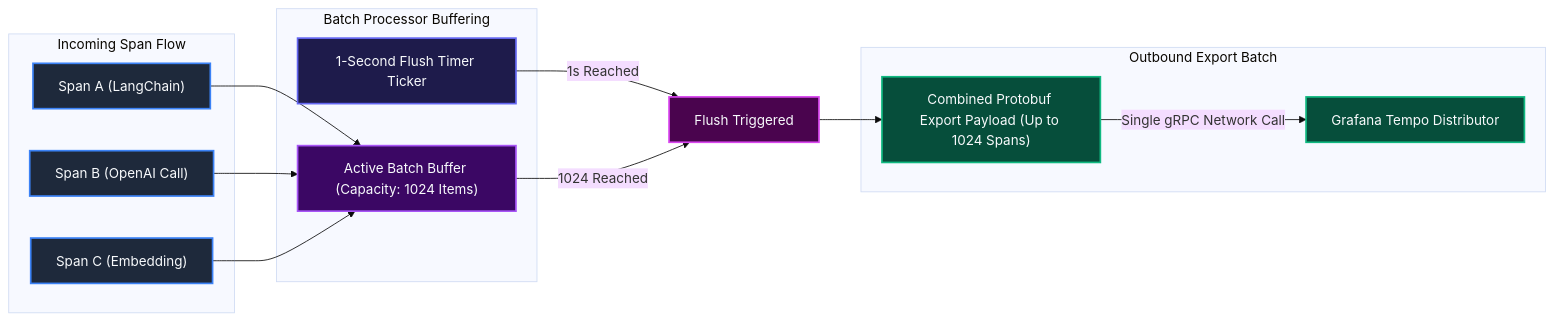
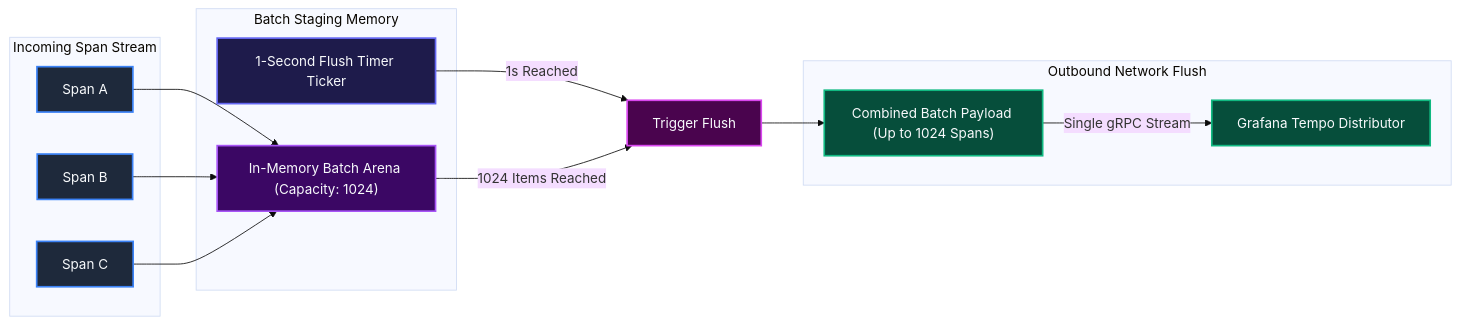
Before and after one commit to Chief-Strategist-J/llm-obs-infra: diagram 11 of 22 in docs/configDoc/otel-collector-configuration-guide.md, drawn with Mermaid (base theme). The commit also changed other lines of this file, not shown here.

````diff
--- a/docs/configDoc/otel-collector-configuration-guide.md
+++ b/docs/configDoc/otel-collector-configuration-guide.md
@@ -706,37 +1158,37 @@
 ```mermaid
 graph LR
-    subgraph InboundStream ["Incoming Span Flow"]
-        Span1["Span A (LangChain)"]
-        Span2["Span B (OpenAI Call)"]
-        Span3["Span C (Embedding)"]
+    subgraph InboundStream ["Incoming Span Stream"]
+        SpanA["Span A"]
+        SpanB["Span B"]
+        SpanC["Span C"]
     end
 
-    subgraph BatchEngine ["Batch Processor Buffering"]
-        Accumulator["Active Batch Buffer (Capacity: 1024 Items)"]
-        Timer["1-Second Flush Timer Ticker"]
+    subgraph BatchEngine ["Batch Staging Memory"]
+        Buffer["In-Memory Batch Arena (Capacity: 1024)"]
+        FlushTimer["1-Second Flush Timer Ticker"]
     end
 
-    subgraph OutboundDispatch ["Outbound Export Batch"]
-        BatchPayload["Combined Protobuf Export Payload (Up to 1024 Spans)"]
-        TempoSink["Grafana Tempo Distributor"]
+    subgraph OutboundDispatch ["Outbound Network Flush"]
+        CombinedPayload["Combined Batch Payload (Up to 1024 Spans)"]
+        TempoEndpoint["Grafana Tempo Distributor"]
     end
 
-    Span1 --> Accumulator
-    Span2 --> Accumulator
-    Span3 --> Accumulator
+    SpanA --> Buffer
+    SpanB --> Buffer
+    SpanC --> Buffer
 
-    Timer -->|1s Reached| FlushEvent["Flush Triggered"]
-    Accumulator -->|1024 Reached| FlushEvent
+    FlushTimer -->|1s Reached| FlushBatch["Trigger Flush"]
+    Buffer -->|1024 Items Reached| FlushBatch
 
-    FlushEvent --> BatchPayload
-    BatchPayload -->|Single gRPC Network Call| TempoSink
+    FlushBatch --> CombinedPayload
+    CombinedPayload -->|Single gRPC Stream| TempoEndpoint
 
-    style Span1 fill:#1e293b,stroke:#3b82f6,stroke-width:2px,color:#f8fafc
-    style Span2 fill:#1e293b,stroke:#3b82f6,stroke-width:2px,color:#f8fafc
-    style Span3 fill:#1e293b,stroke:#3b82f6,stroke-width:2px,color:#f8fafc
-    style Accumulator fill:#3b0764,stroke:#a855f7,stroke-width:2px,color:#f8fafc
-    style Timer fill:#1e1b4b,stroke:#6366f1,stroke-width:2px,color:#f8fafc
-    style FlushEvent fill:#4a044e,stroke:#d946ef,stroke-width:2px,color:#f8fafc
-    style BatchPayload fill:#064e3b,stroke:#10b981,stroke-width:2px,color:#f8fafc
-    style TempoSink fill:#064e3b,stroke:#10b981,stroke-width:2px,color:#f8fafc
+    style SpanA fill:#1e293b,stroke:#3b82f6,stroke-width:2px,color:#f8fafc
+    style SpanB fill:#1e293b,stroke:#3b82f6,stroke-width:2px,color:#f8fafc
+    style SpanC fill:#1e293b,stroke:#3b82f6,stroke-width:2px,color:#f8fafc
+    style Buffer fill:#3b0764,stroke:#a855f7,stroke-width:2px,color:#f8fafc
+    style FlushTimer fill:#1e1b4b,stroke:#6366f1,stroke-width:2px,color:#f8fafc
+    style FlushBatch fill:#4a044e,stroke:#d946ef,stroke-width:2px,color:#f8fafc
+    style CombinedPayload fill:#064e3b,stroke:#10b981,stroke-width:2px,color:#f8fafc
+    style TempoEndpoint fill:#064e3b,stroke:#10b981,stroke-width:2px,color:#f8fafc
 ```
````
